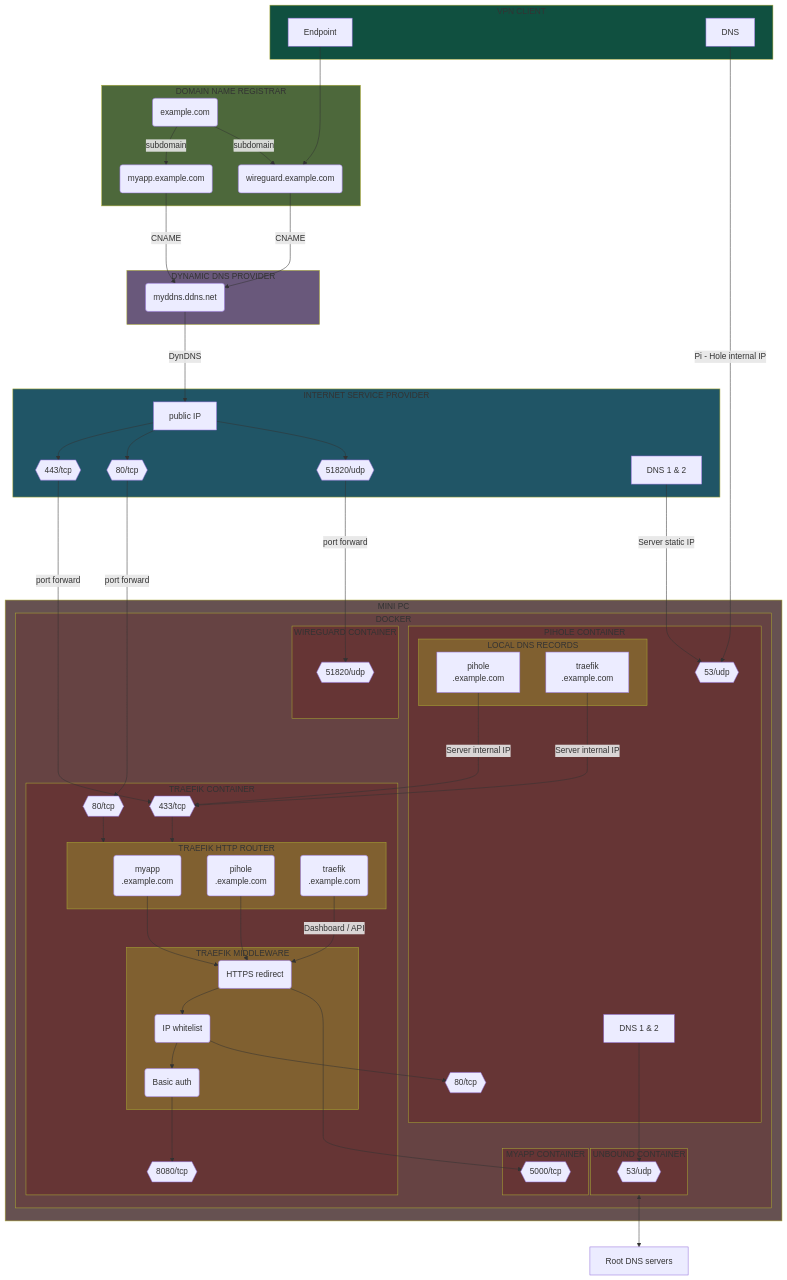
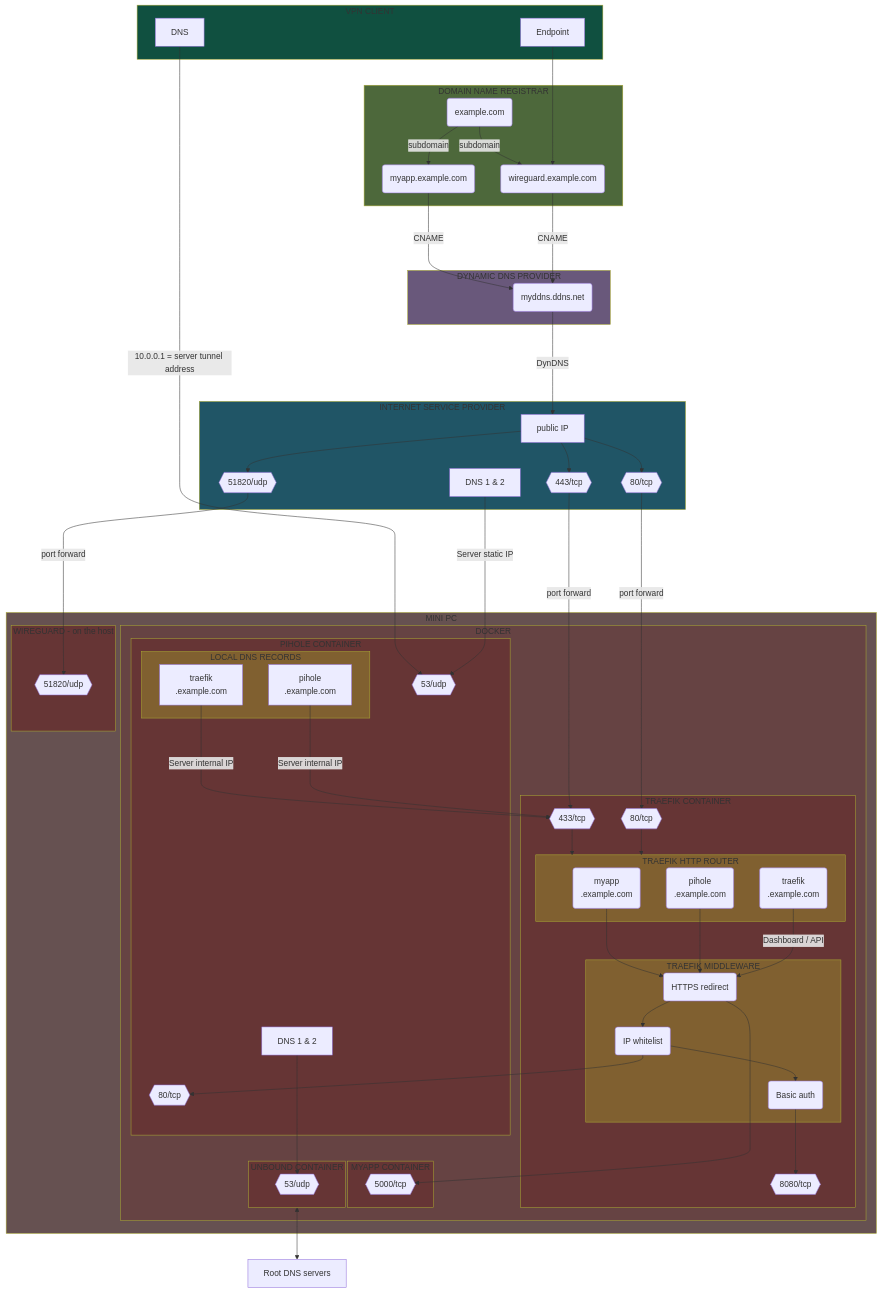
The first of 15 diagrams in README.md (Yann39/self-hosted-n100), drawn with Mermaid before and after one commit. The commit also changed other lines of this file and 9 other files, not shown here.

Commit message:
run wireguard on the host + removed wireguard-ui + added VPN connection speed latest tweaks

```diff
--- a/README.md
+++ b/README.md
@@ -126,7 +125,7 @@
     style PIHOLE_CONTAINER fill: #663535
     style UNBOUND_CONTAINER fill: #663535
     style MYAPP_CONTAINER fill: #663535
-    style WIREGUARD_CONTAINER fill: #663535
+    style WIREGUARD_HOST fill: #663535
     style TRAEFIK_ROUTER fill: #806030
     style TRAEFIK_MIDDLEWARE fill: #806030
     style VPN_CLIENT fill: #105040
@@ -207,10 +206,6 @@
                 DOCKER_PIHOLE_DNS
             end
 
-            subgraph WIREGUARD_CONTAINER[WIREGUARD CONTAINER]
-                DOCKER_WIREGUARD_PORT51820
-            end
-
             subgraph MYAPP_CONTAINER[MYAPP CONTAINER]
                 DOCKER_MYAPP_PORT5000
             end
@@ -221,10 +216,14 @@
 
         end
 
+        subgraph WIREGUARD_HOST[WIREGUARD - on the host]
+            DOCKER_WIREGUARD_PORT51820
+        end
+
     end
 
     WIREGUARD_CLIENT_ENDPOINT ---> SUBDOMAIN_WIREGUARD
-    WIREGUARD_CLIENT_DNS -->|Pi - Hole internal IP| DOCKER_PIHOLE_PORT53
+    WIREGUARD_CLIENT_DNS -->|10.0.0.1 = server tunnel address| DOCKER_PIHOLE_PORT53
     ROUTER_PORT51820 -->|port forward| DOCKER_WIREGUARD_PORT51820
     ROUTER_PORT443 ------>|port forward| DOCKER_TRAEFIK_PORT443
     ROUTER_PORT80 -->|port forward| DOCKER_TRAEFIK_PORT80
```
